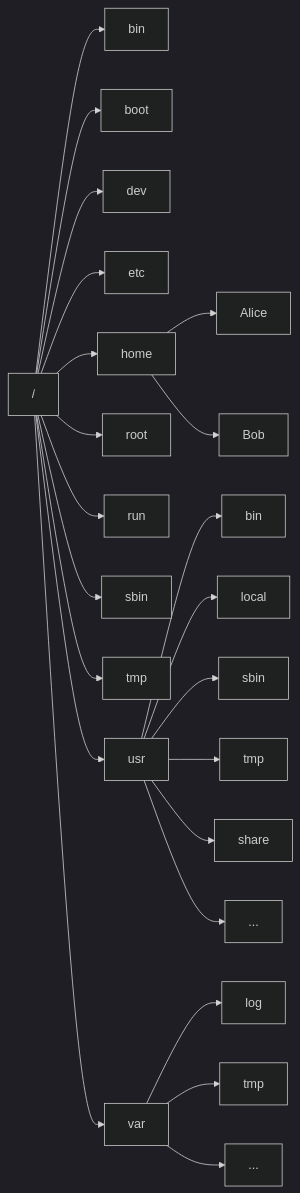
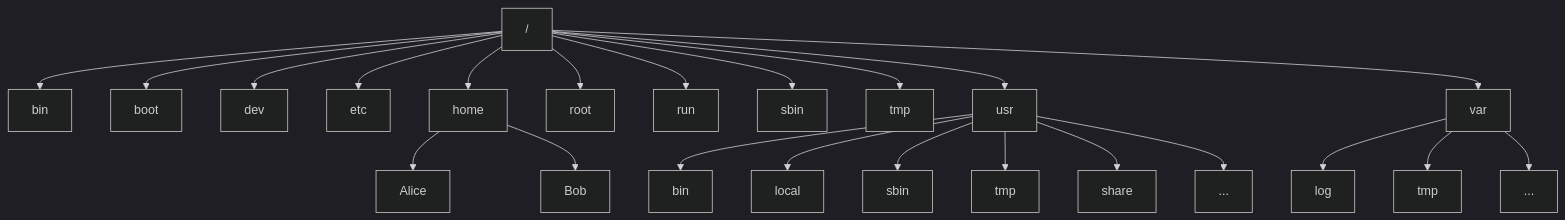
One commit to KateL2002/Learning-Linux changed the diagram in Notes/Manager/FileManage.md. Above: the diagram before and after it, drawn with Mermaid (dark theme). The commit also changed other lines of this file and 5 other files, not shown here.

````diff
--- a/Notes/Manager/FileManage.md
+++ b/Notes/Manager/FileManage.md
@@ -13,29 +13,29 @@
 ```mermaid
-graph LR
+graph TB
 / --> bin
 / --> boot
 / --> dev
 / --> etc
 / --> home
 / --> root
 / --> run
 / --> sbin
 / --> tmp
 / --> usr
 / --> var
 
 home --> Alice
 home --> Bob
 
 usr --> A[bin]
 usr --> local
 usr --> B[sbin]
 usr --> C[tmp]
 usr --> D[share]
 usr --> E[...]
 
 var --> log
 var --> F[tmp]
 var --> G[...]
 
 ```
````
